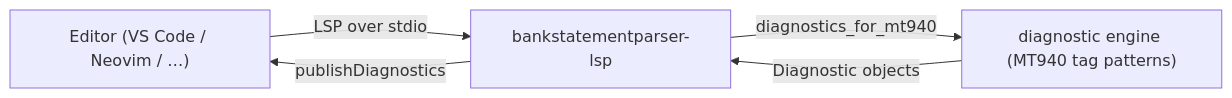
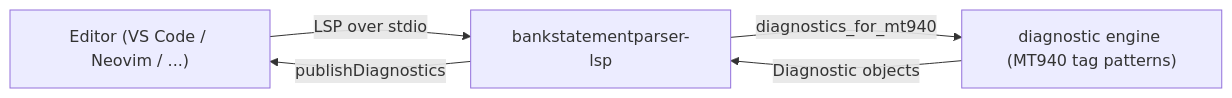
One commit to sebastienrousseau/bankstatementparser-lsp changed the diagram in README.md. Above: the diagram before and after it, drawn with Mermaid. The commit also changed other lines of this file, not shown here.

````diff
--- a/README.md
+++ b/README.md
@@ -269,7 +138,7 @@
 ```mermaid
 flowchart LR
-    A["Editor (VS Code / Neovim / …)"] -->|LSP over stdio| B["bankstatementparser-lsp"]
+    A["Editor (VS Code / Neovim / ...)"] -->|LSP over stdio| B["bankstatementparser-lsp"]
     B -->|diagnostics_for_mt940| C["diagnostic engine (MT940 tag patterns)"]
     C -->|Diagnostic objects| B
     B -->|publishDiagnostics| A
 ```
````
